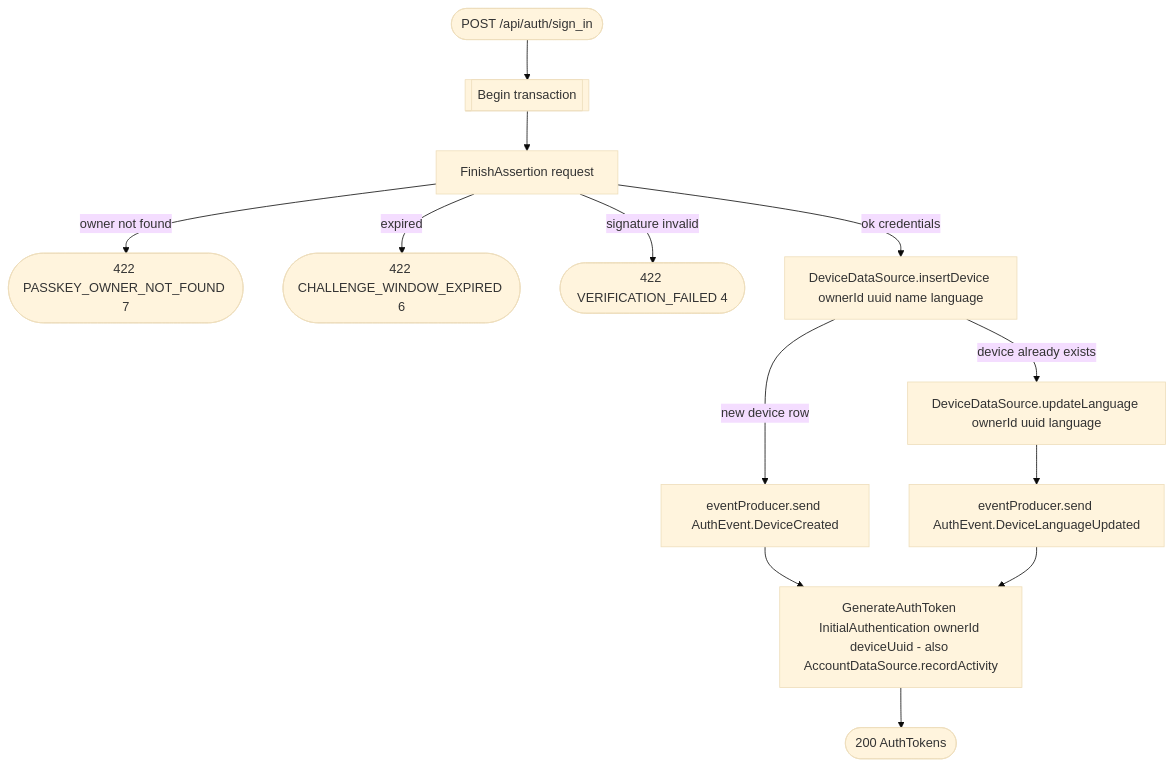
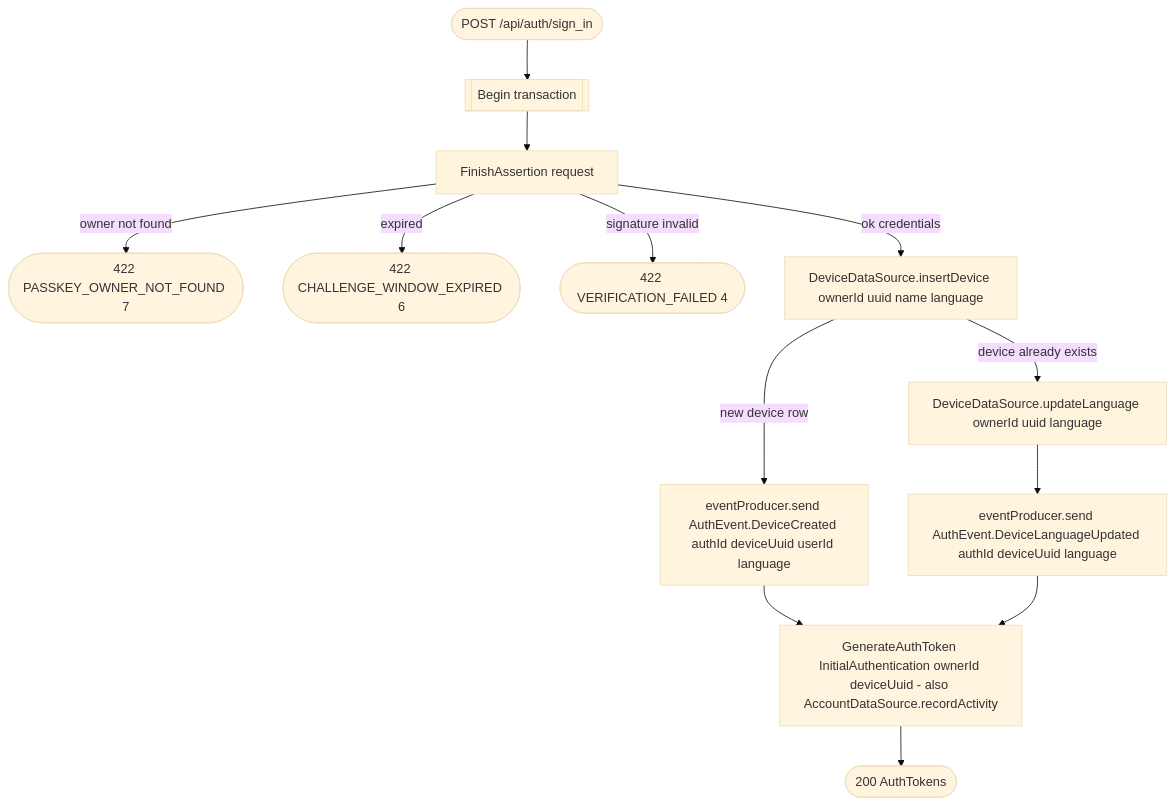
Before and after one commit to nocturneproperties/bookkme: the diagram in docs/operations/authorization/sign-in.md, drawn with Mermaid (base theme). The commit also changed 51 other files, not shown here.

````diff
--- a/docs/operations/authorization/sign-in.md
+++ b/docs/operations/authorization/sign-in.md
@@ -10,15 +10,15 @@
 ```mermaid
 flowchart TD
     Start([POST /api/auth/sign_in]) --> Tx[[Begin transaction]]
     Tx --> Verify[FinishAssertion request]
     Verify -- owner not found --> R422a([422 PASSKEY_OWNER_NOT_FOUND 7])
     Verify -- expired --> R422b([422 CHALLENGE_WINDOW_EXPIRED 6])
     Verify -- signature invalid --> R422c([422 VERIFICATION_FAILED 4])
     Verify -- ok credentials --> InsertDevice[DeviceDataSource.insertDevice ownerId uuid name language]
-    InsertDevice -- new device row --> DeviceCreatedEvt[eventProducer.send AuthEvent.DeviceCreated]
+    InsertDevice -- new device row --> DeviceCreatedEvt[eventProducer.send AuthEvent.DeviceCreated authId deviceUuid userId language]
     InsertDevice -- device already exists --> UpdateLang[DeviceDataSource.updateLanguage ownerId uuid language]
-    UpdateLang --> LangEvt[eventProducer.send AuthEvent.DeviceLanguageUpdated]
+    UpdateLang --> LangEvt[eventProducer.send AuthEvent.DeviceLanguageUpdated authId deviceUuid language]
     DeviceCreatedEvt --> GenToken[GenerateAuthToken InitialAuthentication ownerId deviceUuid - also AccountDataSource.recordActivity]
     LangEvt --> GenToken
     GenToken --> R200([200 AuthTokens])
 ```
````
